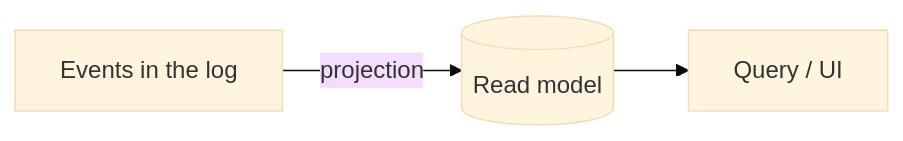
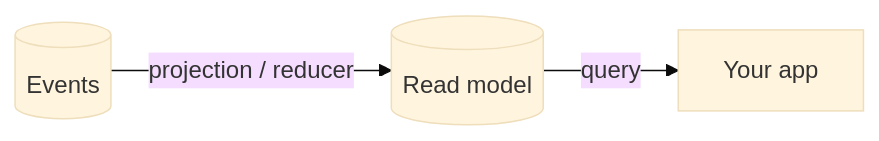
Before and after one commit to Cratis/Chronicle: the diagram in Documentation/read-models/index.md, drawn with Mermaid (base theme). The commit also changed other lines of this file, not shown here.

First line of the commit message:
Rewrite the read-models landing as a guided overview

````diff
--- a/Documentation/read-models/index.md
+++ b/Documentation/read-models/index.md
@@ -15,5 +8,5 @@
 ```mermaid
 flowchart LR
-    EV[Events in the log] -->|projection| RM[(Read model)]
-    RM --> UI[Query / UI]
+    EV[(Events)] -->|projection / reducer| RM[(Read model)]
+    RM -->|query| UI[Your app]
 ```
````
